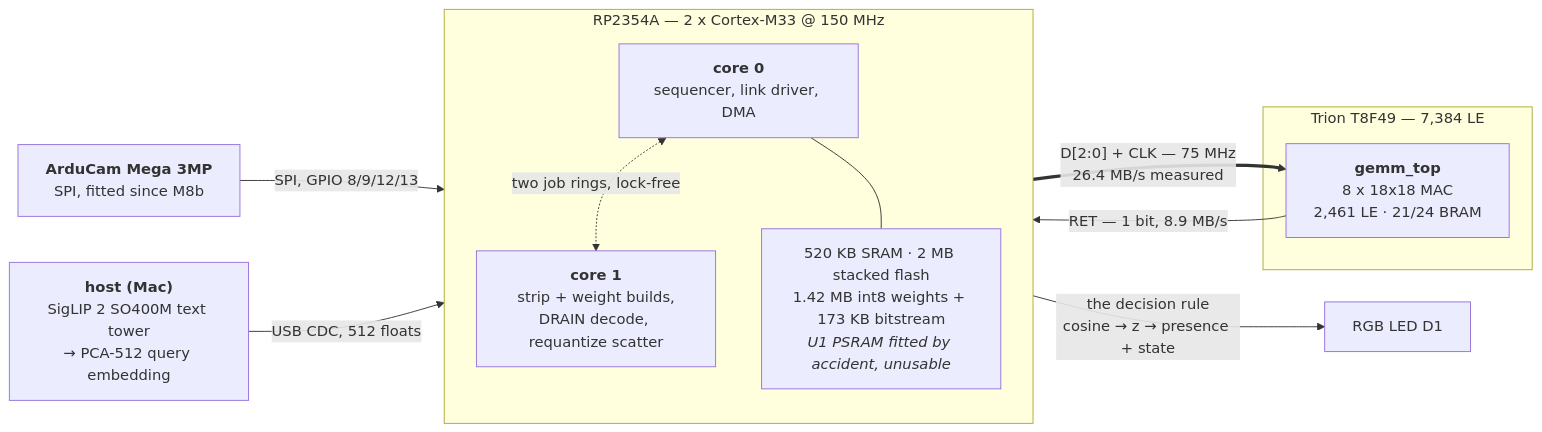
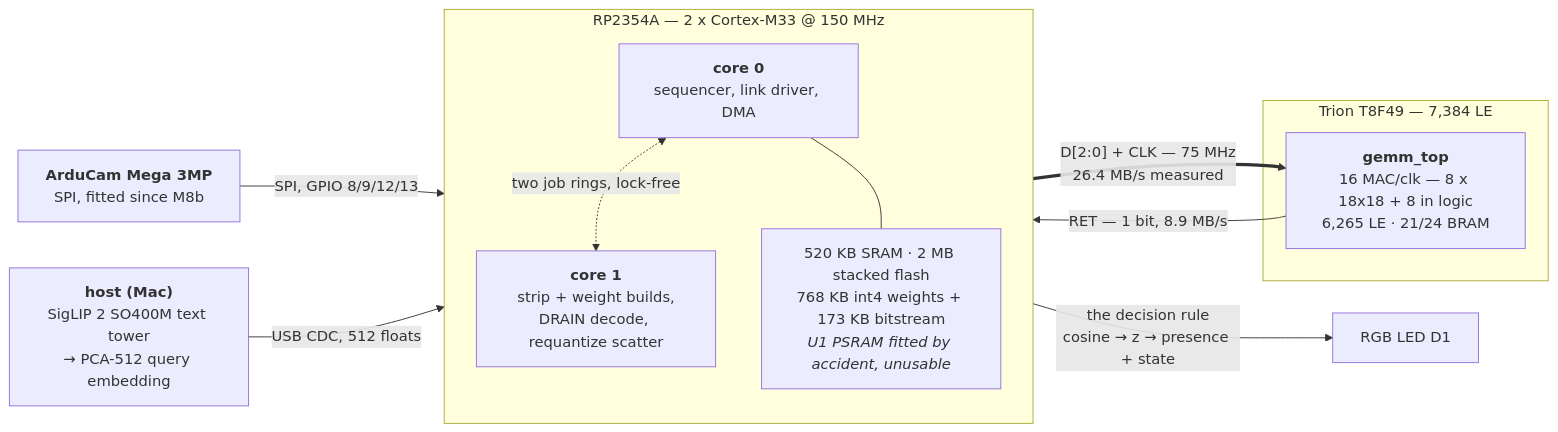
Before and after one commit to kazunori279/fpga-open-vocab: the first of 10 diagrams in docs/architecture.md, drawn with Mermaid. The commit also changed other lines of this file and 7 other files, not shown here.

````diff
--- a/docs/architecture.md
+++ b/docs/architecture.md
@@ -88,26 +88,26 @@
 ```mermaid
 flowchart LR
   HOST["<b>host (Mac)</b><br/>SigLIP 2 SO400M text tower<br/>→ PCA-512 query embedding"]
   CAM["<b>ArduCam Mega 3MP</b><br/>SPI, fitted since M8b"]
 
   subgraph MCU["RP2354A — 2 x Cortex-M33 @ 150 MHz"]
     direction TB
     C0["<b>core 0</b><br/>sequencer, link driver, DMA"]
     C1["<b>core 1</b><br/>strip + weight builds,<br/>DRAIN decode, requantize scatter"]
-    MEM["520 KB SRAM · 2 MB stacked flash<br/>1.42 MB int8 weights + 173 KB bitstream<br/><i>U1 PSRAM fitted by accident, unusable</i>"]
+    MEM["520 KB SRAM · 2 MB stacked flash<br/>768 KB int4 weights + 173 KB bitstream<br/><i>U1 PSRAM fitted by accident, unusable</i>"]
     C0 <-. "two job rings, lock-free" .-> C1
     C0 --- MEM
   end
 
   subgraph T8["Trion T8F49 — 7,384 LE"]
-    TOP["<b>gemm_top</b><br/>8 x 18x18 MAC<br/>2,461 LE · 21/24 BRAM"]
+    TOP["<b>gemm_top</b><br/>16 MAC/clk — 8 x 18x18 + 8 in logic<br/>6,265 LE · 21/24 BRAM"]
   end
 
   LED["RGB LED D1"]
 
   CAM -->|"SPI, GPIO 8/9/12/13"| C0
   HOST -->|"USB CDC, 512 floats"| C0
   C0 ==>|"D[2:0] + CLK — 75 MHz<br/>26.4 MB/s measured"| TOP
   TOP -->|"RET — 1 bit, 8.9 MB/s"| C0
   C0 -->|"the decision rule<br/>cosine → z → presence + state"| LED
 ```
````
